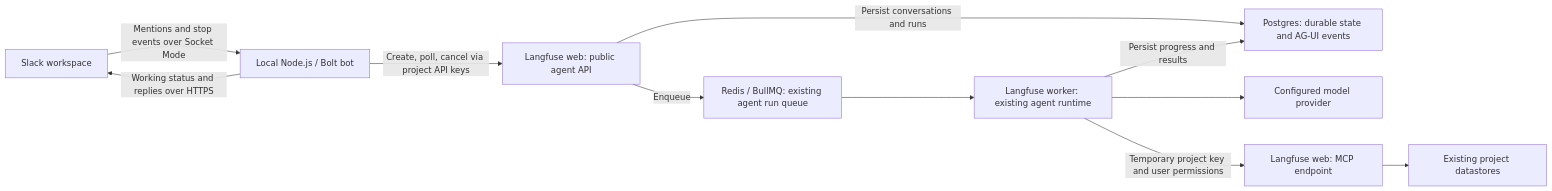
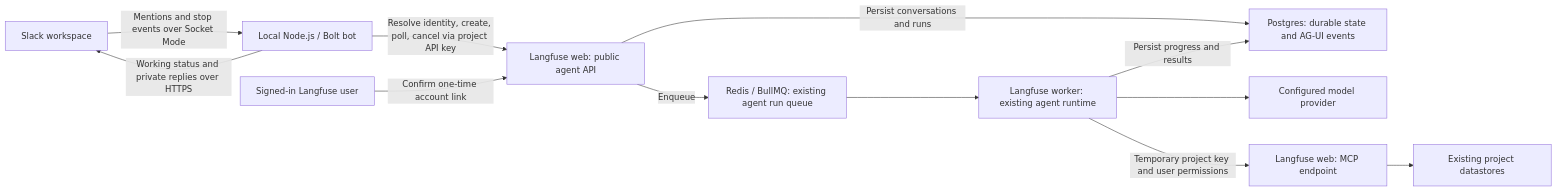
The diagram in web/src/features/in-app-agent/SLACK_POC.md (langfuse/langfuse), drawn with Mermaid before and after one commit. The commit also changed other lines of this file and 33 other files, not shown here.

Commit message:
feat(slack-agent): link Langfuse accounts and enforce user permissions

````diff
--- a/web/src/features/in-app-agent/SLACK_POC.md
+++ b/web/src/features/in-app-agent/SLACK_POC.md
@@ -39,13 +40,14 @@
 ```mermaid
 flowchart LR
   Slack["Slack workspace"] -->|"Mentions and stop events over Socket Mode"| Bot["Local Node.js / Bolt bot"]
-  Bot -->|"Working status and replies over HTTPS"| Slack
-  Bot -->|"Create, poll, cancel via project API keys"| Web["Langfuse web: public agent API"]
+  Bot -->|"Working status and private replies over HTTPS"| Slack
+  Bot -->|"Resolve identity, create, poll, cancel via project API key"| Web["Langfuse web: public agent API"]
+  Browser["Signed-in Langfuse user"] -->|"Confirm one-time account link"| Web
   Web -->|"Persist conversations and runs"| PG["Postgres: durable state and AG-UI events"]
   Web -->|"Enqueue"| Queue["Redis / BullMQ: existing agent run queue"]
   Queue --> Worker["Langfuse worker: existing agent runtime"]
   Worker -->|"Persist progress and results"| PG
   Worker --> Model["Configured model provider"]
   Worker -->|"Temporary project key and user permissions"| MCP["Langfuse web: MCP endpoint"]
   MCP --> Data["Existing project datastores"]
 ```
````
